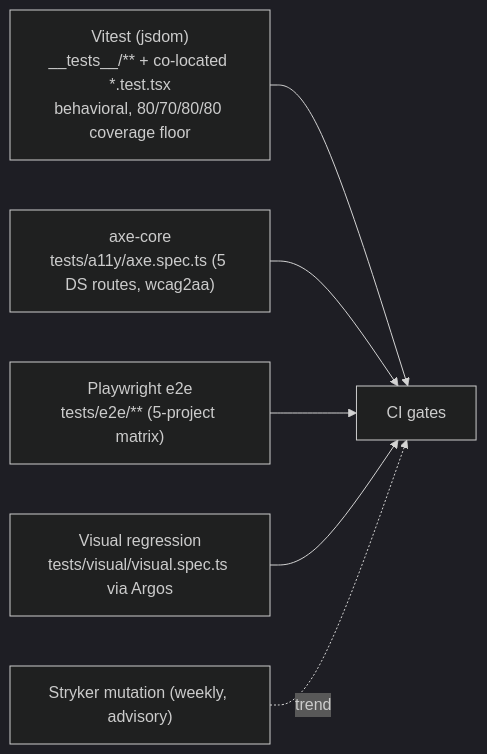
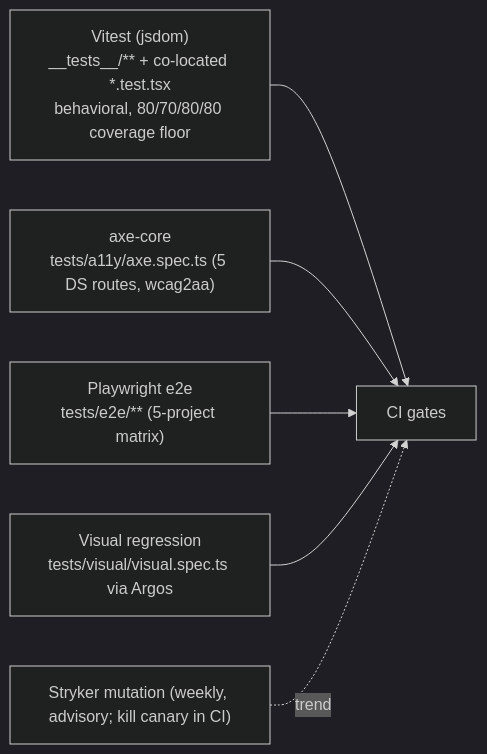
The first of 2 diagrams in docs/07-workflows.md (erikunha/portfolio), drawn with Mermaid (dark theme) before and after one commit. The commit also changed other lines of this file and 9 other files, not shown here.

````diff
--- a/docs/07-workflows.md
+++ b/docs/07-workflows.md
@@ -53,9 +53,9 @@
 ```mermaid
 flowchart LR
     unit["Vitest (jsdom)<br/>__tests__/** + co-located *.test.tsx<br/>behavioral, 80/70/80/80 coverage floor"] --> ci
     a11y["axe-core<br/>tests/a11y/axe.spec.ts (5 DS routes, wcag2aa)"] --> ci
     e2e["Playwright e2e<br/>tests/e2e/** (5-project matrix)"] --> ci
     visual["Visual regression<br/>tests/visual/visual.spec.ts via Argos"] --> ci
-    mut["Stryker mutation (weekly, advisory)"] -. trend .-> ci
+    mut["Stryker mutation (weekly, advisory; kill canary in CI)"] -. trend .-> ci
     ci["CI gates"]
 ```
````
